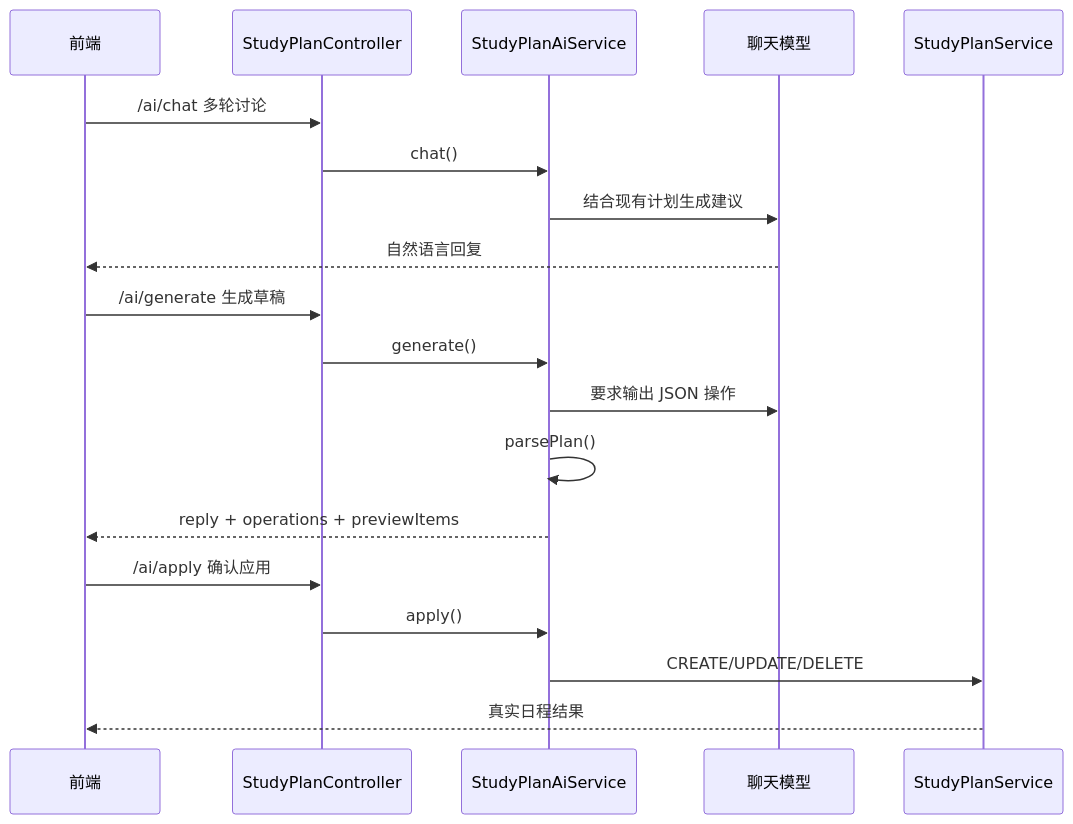
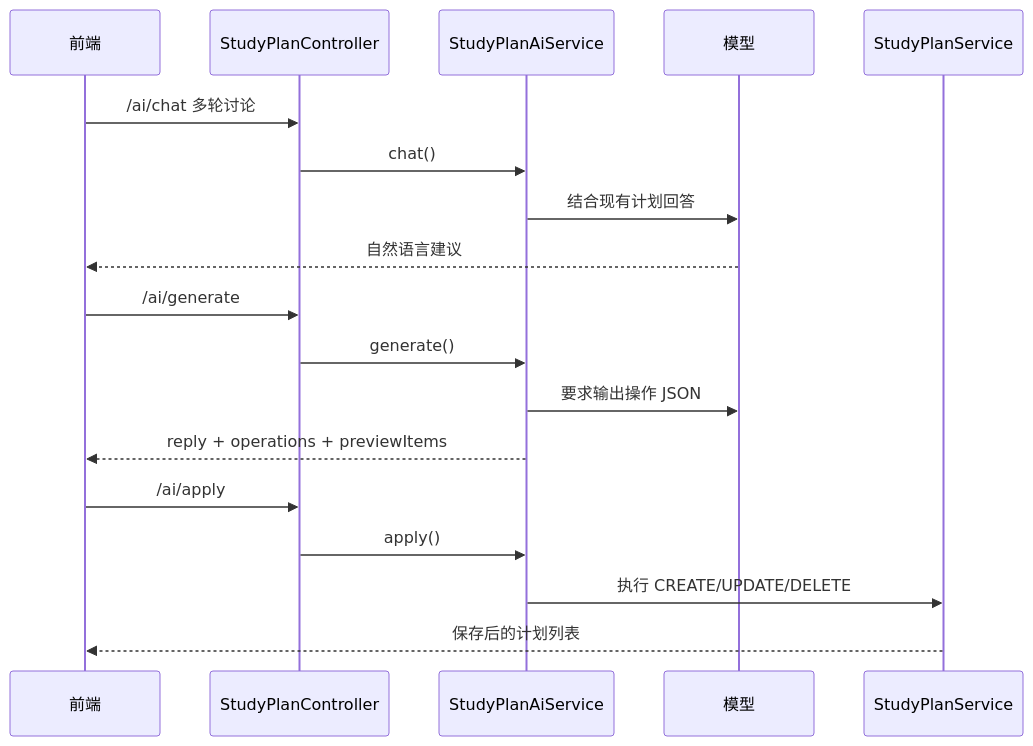
Before and after one commit to LinHonk1128/ips_java: the fifth of 6 diagrams in docs/05-detailed-design.md, drawn with Mermaid. The commit also changed other lines of this file and 48 other files, not shown here.

````diff
--- a/docs/05-detailed-design.md
+++ b/docs/05-detailed-design.md
@@ -281,24 +279,23 @@
 ```mermaid
 sequenceDiagram
     participant FE as 前端
-    participant API as StudyPlanController
+    participant C as StudyPlanController
     participant AIS as StudyPlanAiService
-    participant LLM as 聊天模型
+    participant LLM as 模型
     participant PS as StudyPlanService
 
-    FE->>API: /ai/chat 多轮讨论
-    API->>AIS: chat()
-    AIS->>LLM: 结合现有计划生成建议
-    LLM-->>FE: 自然语言回复
+    FE->>C: /ai/chat 多轮讨论
+    C->>AIS: chat()
+    AIS->>LLM: 结合现有计划回答
+    LLM-->>FE: 自然语言建议
 
-    FE->>API: /ai/generate 生成草稿
-    API->>AIS: generate()
-    AIS->>LLM: 要求输出 JSON 操作
-    AIS->>AIS: parsePlan()
+    FE->>C: /ai/generate
+    C->>AIS: generate()
+    AIS->>LLM: 要求输出操作 JSON
     AIS-->>FE: reply + operations + previewItems
 
-    FE->>API: /ai/apply 确认应用
-    API->>AIS: apply()
-    AIS->>PS: CREATE/UPDATE/DELETE
-    PS-->>FE: 真实日程结果
+    FE->>C: /ai/apply
+    C->>AIS: apply()
+    AIS->>PS: 执行 CREATE/UPDATE/DELETE
+    PS-->>FE: 保存后的计划列表
 ```
````
